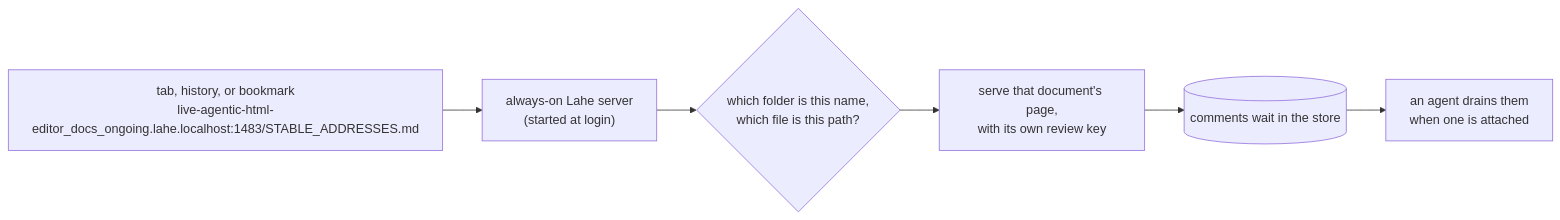
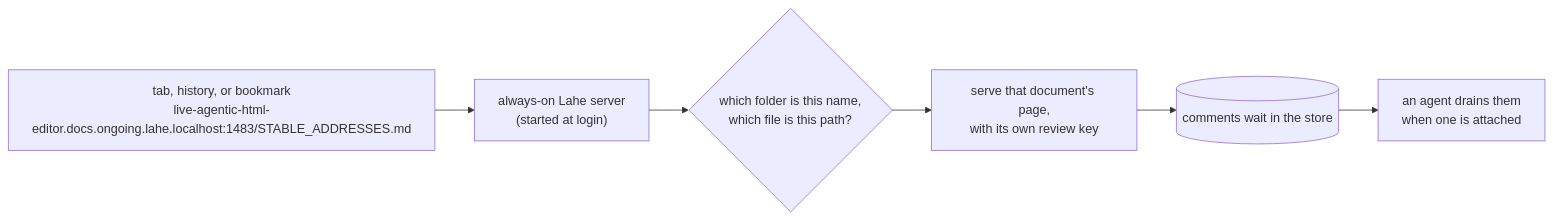
Before and after one commit to kenxle/live-agentic-html-editor: the second of 2 diagrams in docs/features/20261011.02_stable_addresses/01_brief_stable_addresses.md, drawn with Mermaid. The commit also changed other lines of this file and 7 other files, not shown here.

Commit message:
Stable addresses: dots stand in for slashes in a name, easier to read

````diff
--- a/docs/features/20261011.02_stable_addresses/01_brief_stable_addresses.md
+++ b/docs/features/20261011.02_stable_addresses/01_brief_stable_addresses.md
@@ -56,8 +56,8 @@
 ```mermaid
 flowchart LR
-    Tab["tab, history, or bookmark<br/>live-agentic-html-editor_docs_ongoing.lahe.localhost:1483/STABLE_ADDRESSES.md"] --> Server["always-on Lahe server<br/>(started at login)"]
+    Tab["tab, history, or bookmark<br/>live-agentic-html-editor.docs.ongoing.lahe.localhost:1483/STABLE_ADDRESSES.md"] --> Server["always-on Lahe server<br/>(started at login)"]
     Server --> Which{"which folder is this name,<br/>which file is this path?"}
     Which --> Doc["serve that document's page,<br/>with its own review key"]
     Doc --> Store[("comments wait in the store")]
     Store --> Agent["an agent drains them<br/>when one is attached"]
 ```
````
